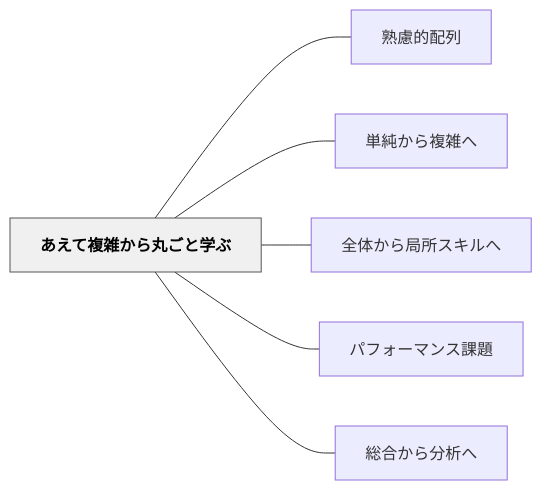
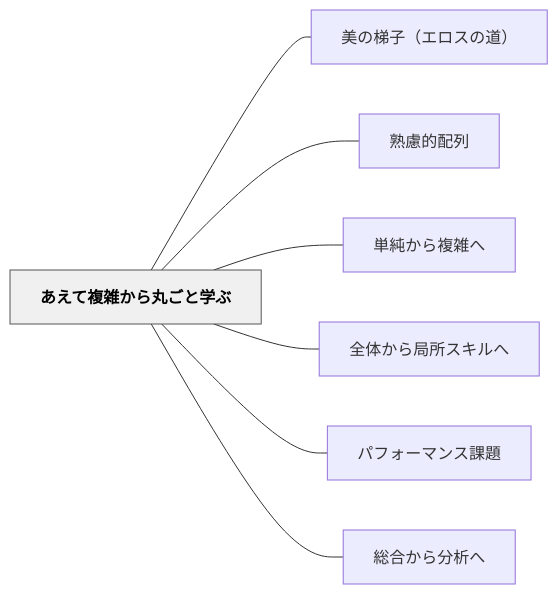
One commit to unknownthings-ed-patterns/unknownthings-ed-patterns changed the diagram in content/パタン/あえて複雑から丸ごと学ぶ.md. Above: the diagram before and after it, drawn with Mermaid. The commit also changed other lines of this file and 16 other files, not shown here.

````diff
--- a/content/パタン/あえて複雑から丸ごと学ぶ.md
+++ b/content/パタン/あえて複雑から丸ごと学ぶ.md
@@ -52,18 +52,20 @@
 ```mermaid
 flowchart LR
     ne38182e38188e381a6e8a487e99b91e3818be38289e4b8b8e38194e381a8e5ada6e381b6["あえて複雑から丸ごと学ぶ"]
+    ne7be8ee381aee6a2afe5ad90efbc88e382a8e383ade382b9e381aee98193efbc89["美の梯子（エロスの道）"]
     ne7869fe685aee79a84e9858de58897["熟慮的配列"]
     ne58d98e7b494e3818be38289e8a487e99b91e381b8["単純から複雑へ"]
     ne585a8e4bd93e3818be38289e5b180e68980e382b9e382ade383abe381b8["全体から局所スキルへ"]
     ne38391e38395e382a9e383bce3839ee383b3e382b9e8aab2e9a18c["パフォーマンス課題"]
     ne7b78fe59088e3818be38289e58886e69e90e381b8["総合から分析へ"]
 
+    ne38182e38188e381a6e8a487e99b91e3818be38289e4b8b8e38194e381a8e5ada6e381b6 --- ne7be8ee381aee6a2afe5ad90efbc88e382a8e383ade382b9e381aee98193efbc89
     ne38182e38188e381a6e8a487e99b91e3818be38289e4b8b8e38194e381a8e5ada6e381b6 --- ne7869fe685aee79a84e9858de58897
     ne38182e38188e381a6e8a487e99b91e3818be38289e4b8b8e38194e381a8e5ada6e381b6 --- ne58d98e7b494e3818be38289e8a487e99b91e381b8
     ne38182e38188e381a6e8a487e99b91e3818be38289e4b8b8e38194e381a8e5ada6e381b6 --- ne585a8e4bd93e3818be38289e5b180e68980e382b9e382ade383abe381b8
     ne38182e38188e381a6e8a487e99b91e3818be38289e4b8b8e38194e381a8e5ada6e381b6 --- ne38391e38395e382a9e383bce3839ee383b3e382b9e8aab2e9a18c
     ne38182e38188e381a6e8a487e99b91e3818be38289e4b8b8e38194e381a8e5ada6e381b6 --- ne7b78fe59088e3818be38289e58886e69e90e381b8
 
     classDef hub fill:#f0f0f0,stroke:#555,color:#000,font-weight:bold
     class ne38182e38188e381a6e8a487e99b91e3818be38289e4b8b8e38194e381a8e5ada6e381b6 hub
 ```
````
